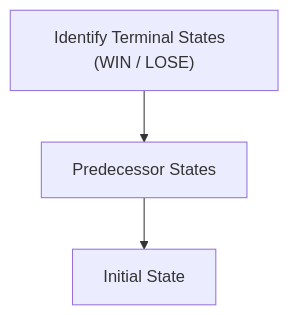
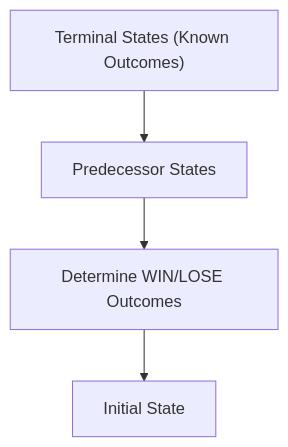
One commit to SamueleGalli/leetCode-quests changed the diagram in Data_Structure_and_Algorithms/08_Strategy_Summit/README.md. Above: the diagram before and after it, drawn with Mermaid. The commit also changed other lines of this file and 1 other file, not shown here.

````diff
--- a/Data_Structure_and_Algorithms/08_Strategy_Summit/README.md
+++ b/Data_Structure_and_Algorithms/08_Strategy_Summit/README.md
@@ -38,4 +94,6 @@
-```mermaid
-flowchart TD
-A["Identify Terminal States  (WIN / LOSE)"] --> B["Predecessor States"] --> C["Initial State"]
-```
+  ```mermaid
+  flowchart TD
+  A["Terminal States (Known Outcomes)"] --> B["Predecessor States"]
+  B --> C["Determine WIN/LOSE Outcomes"]
+  C --> D["Initial State"]
+  ```
````
